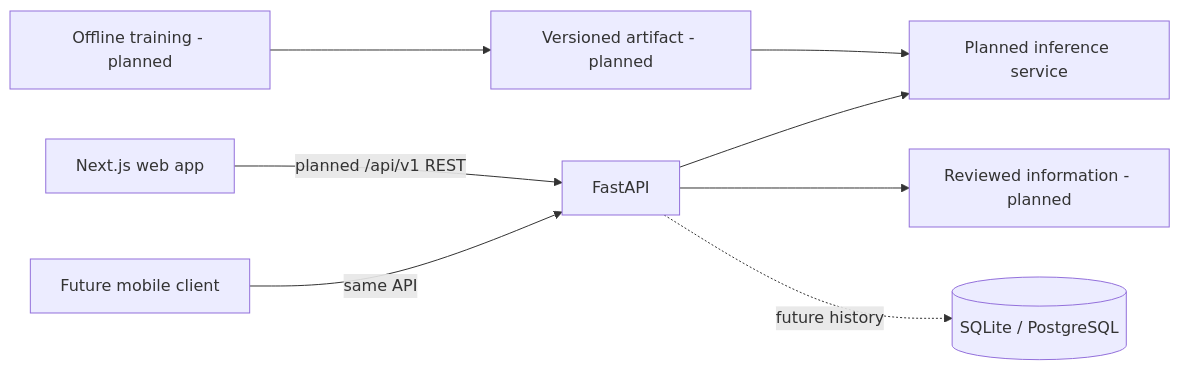
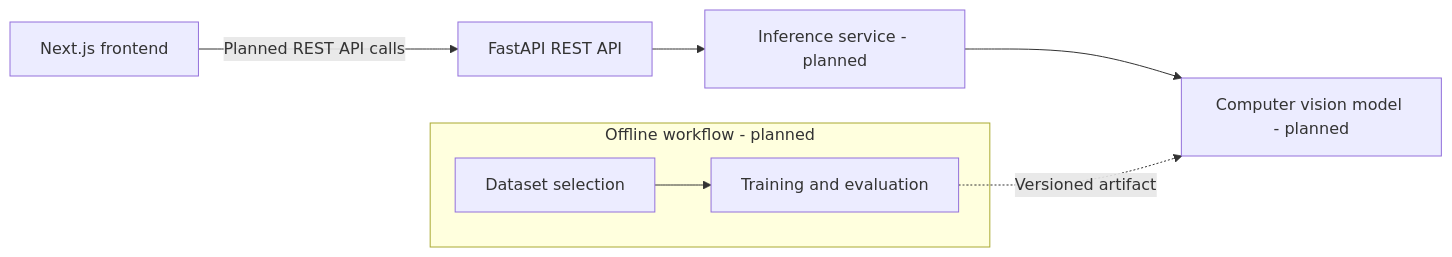
Before and after one commit to GOU7METTE/HORTI: the diagram in README.md, drawn with Mermaid. The commit also changed other lines of this file, not shown here.

````diff
--- a/README.md
+++ b/README.md
@@ -38,10 +74,10 @@
 ```mermaid
 flowchart LR
-    Web[Next.js web app] -->|planned /api/v1 REST| API[FastAPI]
-    Mobile[Future mobile client] -->|same API| API
-    API --> Inference[Planned inference service]
-    Training[Offline training - planned] --> Model[Versioned artifact - planned]
-    Model --> Inference
-    API --> Content[Reviewed information - planned]
-    API -. future history .-> DB[(SQLite / PostgreSQL)]
+    Web[Next.js frontend] -->|Planned REST API calls| API[FastAPI REST API]
+    API --> Service[Inference service - planned]
+    Service --> Model[Computer vision model - planned]
+    subgraph Offline[Offline workflow - planned]
+        Data[Dataset selection] --> Training[Training and evaluation]
+    end
+    Training -. Versioned artifact .-> Model
 ```
````
